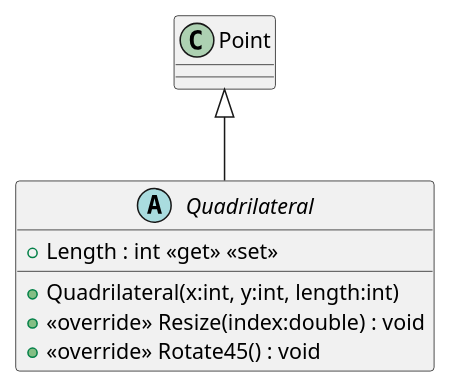
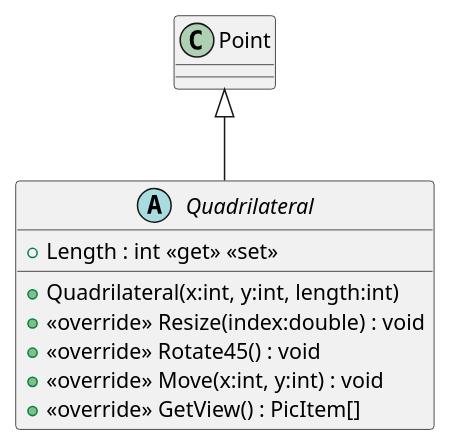
Before and after one commit to 19vano97/levelUpOOP: the diagram in plantuml/20240701_HW_Inheritence/Quadrilateral.puml, drawn with PlantUML. The commit also changed 21 other files, not shown here.

```diff
--- a/plantuml/20240701_HW_Inheritence/Quadrilateral.puml
+++ b/plantuml/20240701_HW_Inheritence/Quadrilateral.puml
@@ -1,9 +1,11 @@
 @startuml
 abstract class Quadrilateral {
     + Quadrilateral(x:int, y:int, length:int)
     + Length : int <<get>> <<set>>
     + <<override>> Resize(index:double) : void
     + <<override>> Rotate45() : void
+    + <<override>> Move(x:int, y:int) : void
+    + <<override>> GetView() : PicItem[]
 }
 Point <|-- Quadrilateral
 @enduml
```
